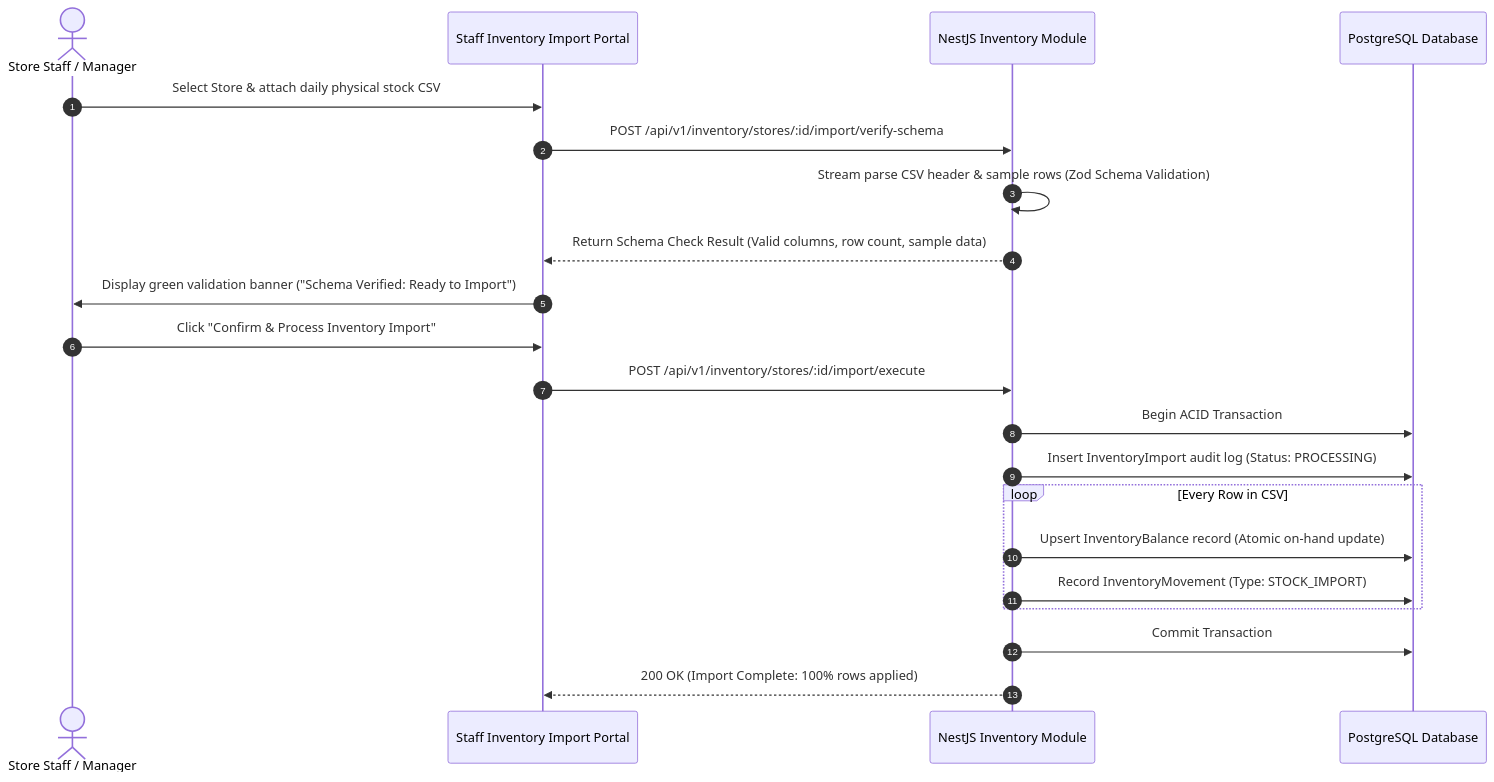
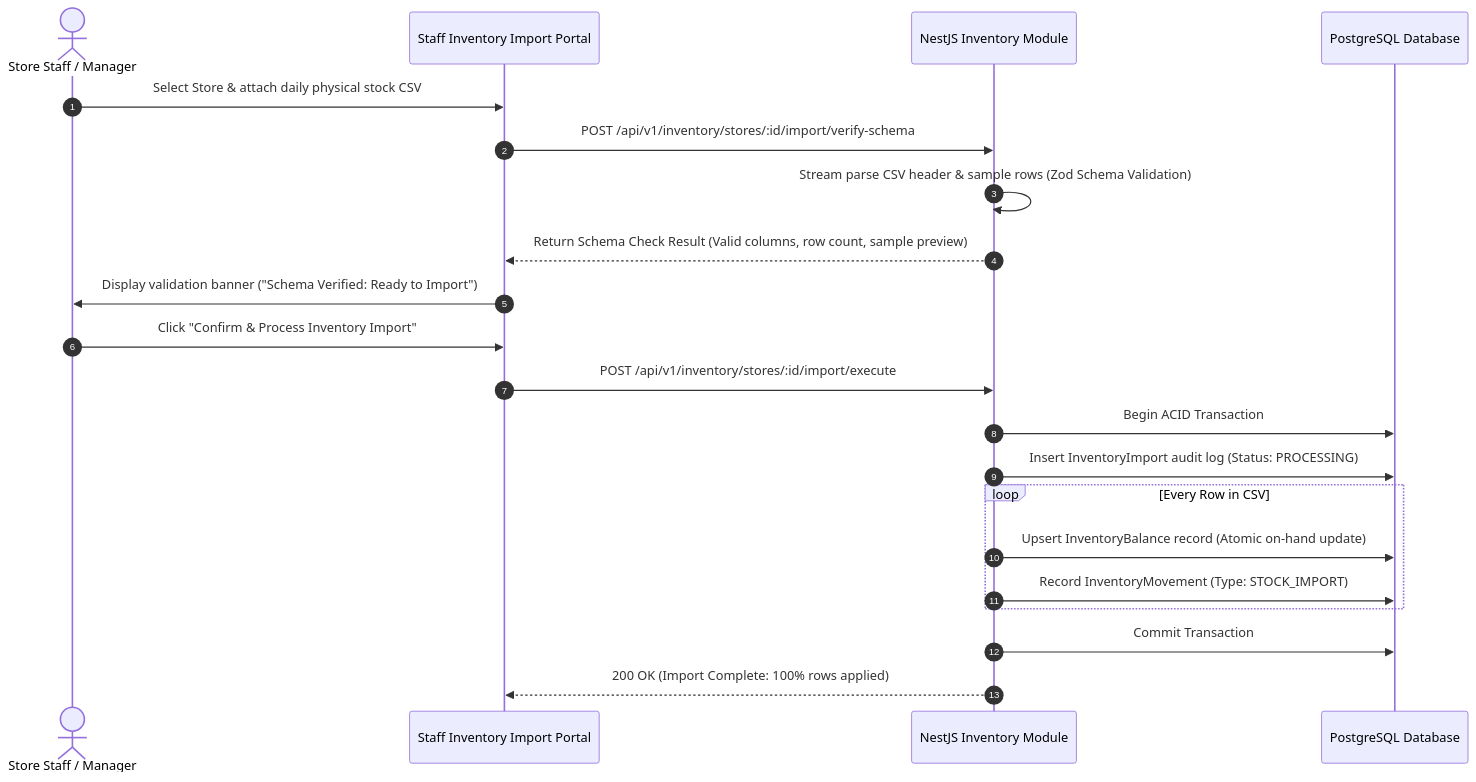
Before and after one commit to Anujanthwal-dotcom/assignment-isocode-labs: the fifth of 6 diagrams in technical_design_document.md, drawn with Mermaid. The commit also changed other lines of this file, not shown here.

````diff
--- a/technical_design_document.md
+++ b/technical_design_document.md
@@ -398,25 +337,25 @@
 ```mermaid
 sequenceDiagram
     autonumber
     actor Staff as Store Staff / Manager
     participant UI as Staff Inventory Import Portal
     participant API as NestJS Inventory Module
     participant DB as PostgreSQL Database
 
     Staff->>UI: Select Store & attach daily physical stock CSV
     UI->>API: POST /api/v1/inventory/stores/:id/import/verify-schema
     API->>API: Stream parse CSV header & sample rows (Zod Schema Validation)
-    API-->>UI: Return Schema Check Result (Valid columns, row count, sample data)
+    API-->>UI: Return Schema Check Result (Valid columns, row count, sample preview)
 
-    UI->>Staff: Display green validation banner ("Schema Verified: Ready to Import")
+    UI->>Staff: Display validation banner ("Schema Verified: Ready to Import")
     Staff->>UI: Click "Confirm & Process Inventory Import"
     UI->>API: POST /api/v1/inventory/stores/:id/import/execute
     API->>DB: Begin ACID Transaction
     API->>DB: Insert InventoryImport audit log (Status: PROCESSING)
     loop Every Row in CSV
         API->>DB: Upsert InventoryBalance record (Atomic on-hand update)
         API->>DB: Record InventoryMovement (Type: STOCK_IMPORT)
     end
     API->>DB: Commit Transaction
     API-->>UI: 200 OK (Import Complete: 100% rows applied)
 ```
````
